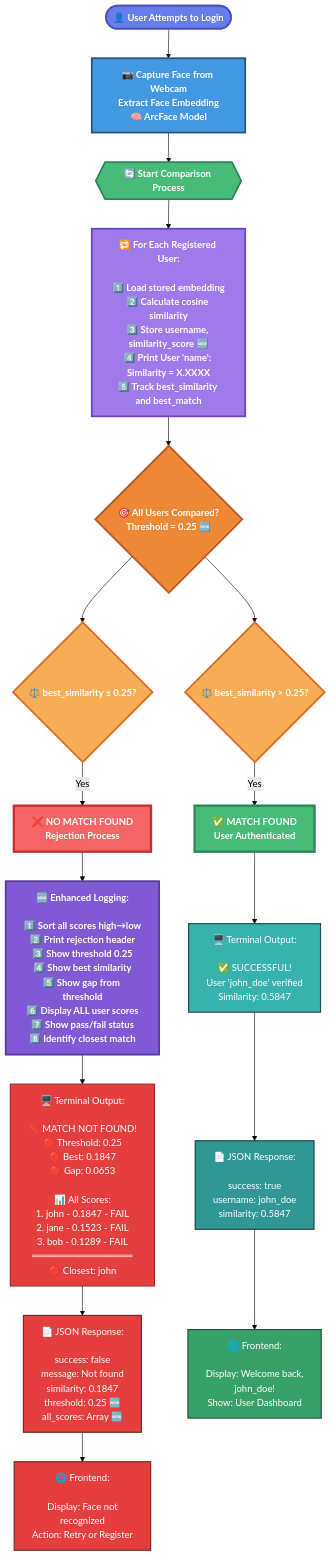
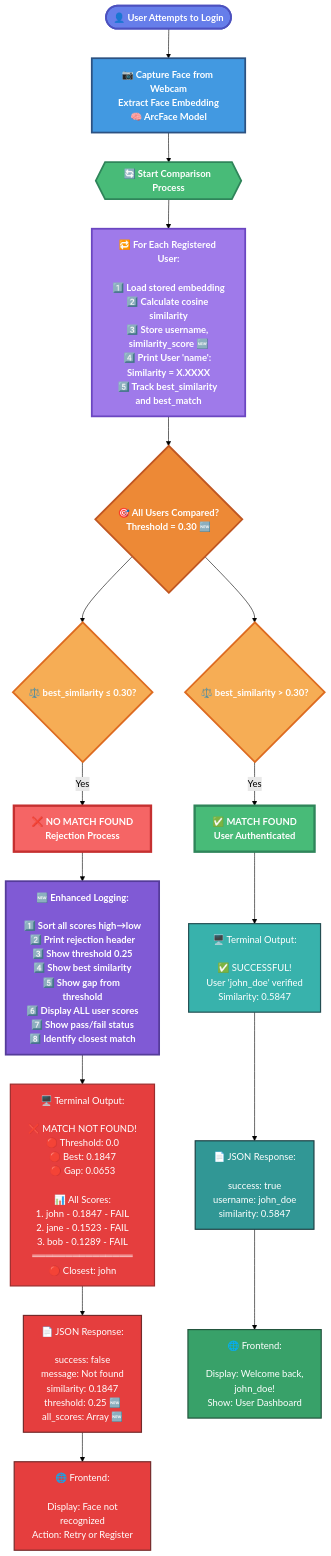
The first of 7 diagrams in WORKFLOW_MERMAID.md (Deepanshuguptacode/Face-authorization-System), drawn with Mermaid (forest theme) before and after one commit. The commit also changed other lines of this file, not shown here.

Commit message:
Update threshold values in workflow diagram

````diff
--- a/WORKFLOW_MERMAID.md
+++ b/WORKFLOW_MERMAID.md
@@ -5,67 +5,67 @@
 ```mermaid
 flowchart TD
     Start([👤 User Attempts to Login]):::userNode
     Capture[📷 Capture Face from Webcam<br/>Extract Face Embedding<br/>🧠 ArcFace Model]:::captureNode
     StartComp{{🔄 Start Comparison Process}}:::processNode
     
     LoopProcess[🔁 For Each Registered User:<br/><br/>1️⃣ Load stored embedding<br/>2️⃣ Calculate cosine similarity<br/>3️⃣ Store username, similarity_score 🆕<br/>4️⃣ Print User 'name': Similarity = X.XXXX<br/>5️⃣ Track best_similarity and best_match]:::loopNode
     
-    Decision{🎯 All Users Compared?<br/>Threshold = 0.25 🆕}:::decisionNode
+    Decision{🎯 All Users Compared?<br/>Threshold = 0.30 🆕}:::decisionNode
     
-    MatchCheck{⚖️ best_similarity > 0.25?}:::checkNode
-    NoMatchCheck{⚖️ best_similarity ≤ 0.25?}:::checkNode
+    MatchCheck{⚖️ best_similarity > 0.30?}:::checkNode
+    NoMatchCheck{⚖️ best_similarity ≤ 0.30?}:::checkNode
     
     MatchFound[✅ MATCH FOUND<br/>User Authenticated]:::successNode
     NoMatchFound[❌ NO MATCH FOUND<br/>Rejection Process]:::failNode
     
     EnhancedLog[🆕 Enhanced Logging:<br/><br/>1️⃣ Sort all scores high→low<br/>2️⃣ Print rejection header<br/>3️⃣ Show threshold 0.25<br/>4️⃣ Show best similarity<br/>5️⃣ Show gap from threshold<br/>6️⃣ Display ALL user scores<br/>7️⃣ Show pass/fail status<br/>8️⃣ Identify closest match]:::enhancedNode
     
     TerminalSuccess[🖥️ Terminal Output:<br/><br/>✅ SUCCESSFUL!<br/>User 'john_doe' verified<br/>Similarity: 0.5847]:::terminalSuccess
     
-    TerminalFail[🖥️ Terminal Output:<br/><br/>❌ MATCH NOT FOUND!<br/>🔴 Threshold: 0.25<br/>🔴 Best: 0.1847<br/>🔴 Gap: 0.0653<br/><br/>📊 All Scores:<br/>1. john - 0.1847 - FAIL<br/>2. jane - 0.1523 - FAIL<br/>3. bob - 0.1289 - FAIL<br/>═══════════════<br/>🔴 Closest: john]:::terminalFail
+    TerminalFail[🖥️ Terminal Output:<br/><br/>❌ MATCH NOT FOUND!<br/>🔴 Threshold: 0.0<br/>🔴 Best: 0.1847<br/>🔴 Gap: 0.0653<br/><br/>📊 All Scores:<br/>1. john - 0.1847 - FAIL<br/>2. jane - 0.1523 - FAIL<br/>3. bob - 0.1289 - FAIL<br/>═══════════════<br/>🔴 Closest: john]:::terminalFail
     
     JSONSuccess[📄 JSON Response:<br/><br/>success: true<br/>username: john_doe<br/>similarity: 0.5847]:::jsonSuccess
     
     JSONFail[📄 JSON Response:<br/><br/>success: false<br/>message: Not found<br/>similarity: 0.1847<br/>threshold: 0.25 🆕<br/>all_scores: Array 🆕]:::jsonFail
     
     FrontendSuccess[🌐 Frontend:<br/><br/>Display: Welcome back,<br/>john_doe!<br/>Show: User Dashboard]:::frontendSuccess
     
     FrontendFail[🌐 Frontend:<br/><br/>Display: Face not<br/>recognized<br/>Action: Retry or Register]:::frontendFail
     
     Start --> Capture
     Capture --> StartComp
     StartComp --> LoopProcess
     LoopProcess --> Decision
     Decision --> MatchCheck
     Decision --> NoMatchCheck
     
     MatchCheck -->|Yes| MatchFound
     NoMatchCheck -->|Yes| NoMatchFound
     
     MatchFound --> TerminalSuccess
     NoMatchFound --> EnhancedLog
     EnhancedLog --> TerminalFail
     
     TerminalSuccess --> JSONSuccess
     TerminalFail --> JSONFail
     
     JSONSuccess --> FrontendSuccess
     JSONFail --> FrontendFail
     
     %% Styling
     classDef userNode fill:#667EEA,stroke:#4C51BF,stroke-width:3px,color:#fff,font-weight:bold
     classDef captureNode fill:#4299E1,stroke:#2C5282,stroke-width:3px,color:#fff,font-weight:bold
     classDef processNode fill:#48BB78,stroke:#2F855A,stroke-width:3px,color:#fff,font-weight:bold
     classDef loopNode fill:#9F7AEA,stroke:#6B46C1,stroke-width:3px,color:#fff,font-weight:bold
     classDef decisionNode fill:#ED8936,stroke:#C05621,stroke-width:3px,color:#fff,font-weight:bold
     classDef checkNode fill:#F6AD55,stroke:#DD6B20,stroke-width:3px,color:#fff,font-weight:bold
     classDef successNode fill:#48BB78,stroke:#2F855A,stroke-width:4px,color:#fff,font-weight:bold
     classDef failNode fill:#F56565,stroke:#C53030,stroke-width:4px,color:#fff,font-weight:bold
     classDef enhancedNode fill:#805AD5,stroke:#553C9A,stroke-width:3px,color:#fff,font-weight:bold
     classDef terminalSuccess fill:#38B2AC,stroke:#234E52,stroke-width:2px,color:#fff
     classDef terminalFail fill:#E53E3E,stroke:#9B2C2C,stroke-width:2px,color:#fff
     classDef jsonSuccess fill:#319795,stroke:#1D4044,stroke-width:2px,color:#fff
     classDef jsonFail fill:#E53E3E,stroke:#742A2A,stroke-width:2px,color:#fff
     classDef frontendSuccess fill:#38A169,stroke:#22543D,stroke-width:2px,color:#fff
     classDef frontendFail fill:#E53E3E,stroke:#742A2A,stroke-width:2px,color:#fff
 ```
````
